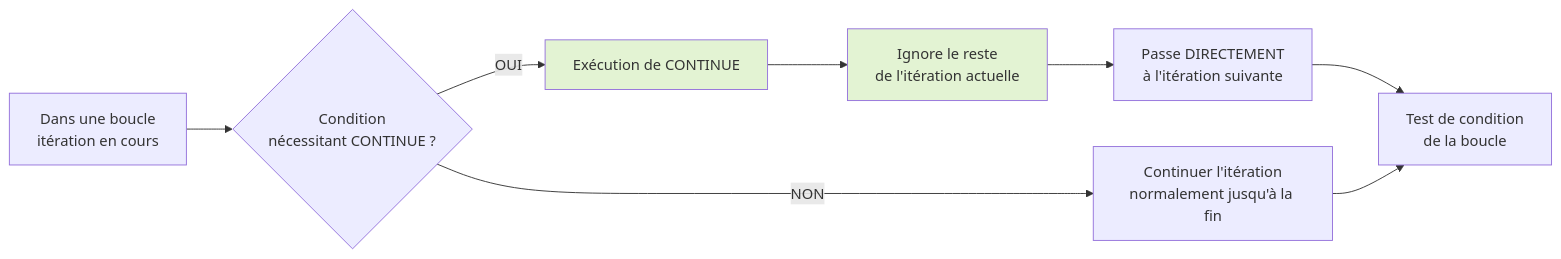
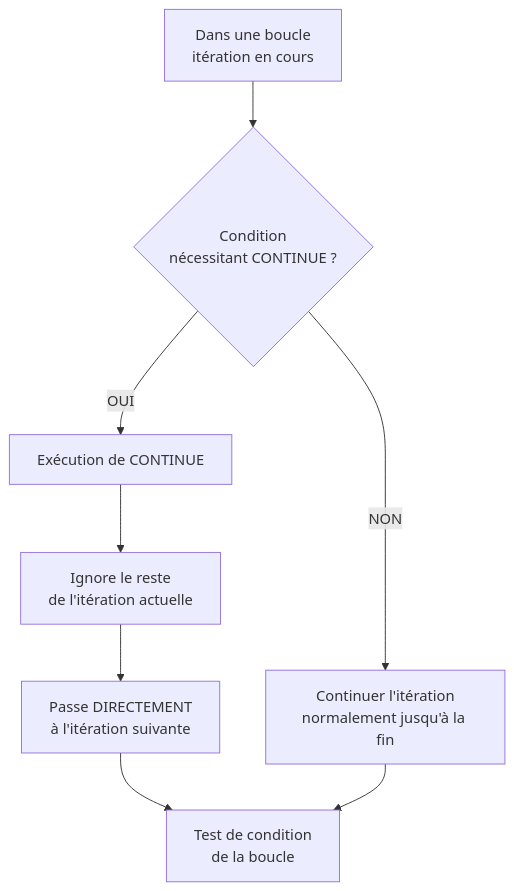
One commit to zyrass/omnydocs changed the fifth of 5 diagrams in docs/bases/fondamentaux/structure-iteratives.md. Above: the diagram before and after it, drawn with Mermaid. The commit also changed other lines of this file and 43 other files, not shown here.

````diff
--- a/docs/bases/fondamentaux/structure-iteratives.md
+++ b/docs/bases/fondamentaux/structure-iteratives.md
@@ -471,13 +504,10 @@
 ```mermaid
-graph LR
-    A[Dans une boucle<br/>itération en cours] --> B{Condition<br/>nécessitant CONTINUE ?}
-    B -->|OUI| C[Exécution de CONTINUE]
-    C --> D[Ignore le reste<br/>de l'itération actuelle]
-    D --> E[Passe DIRECTEMENT<br/>à l'itération suivante]
-    E --> F[Test de condition<br/>de la boucle]
-    B -->|NON| G[Continuer l'itération<br/>normalement jusqu'à la fin]
-    G --> F
-    
-    style C fill:#e3f3d3
-    style D fill:#e3f3d3
+flowchart TB
+  A["Dans une boucle<br />itération en cours"] --> B{"Condition<br />nécessitant CONTINUE ?"}
+  B -->|"OUI"| C["Exécution de CONTINUE"]
+  C --> D["Ignore le reste<br />de l'itération actuelle"]
+  D --> E["Passe DIRECTEMENT<br />à l'itération suivante"]
+  E --> F["Test de condition<br />de la boucle"]
+  B -->|"NON"| G["Continuer l'itération<br />normalement jusqu'à la fin"]
+  G --> F
 ```
````
